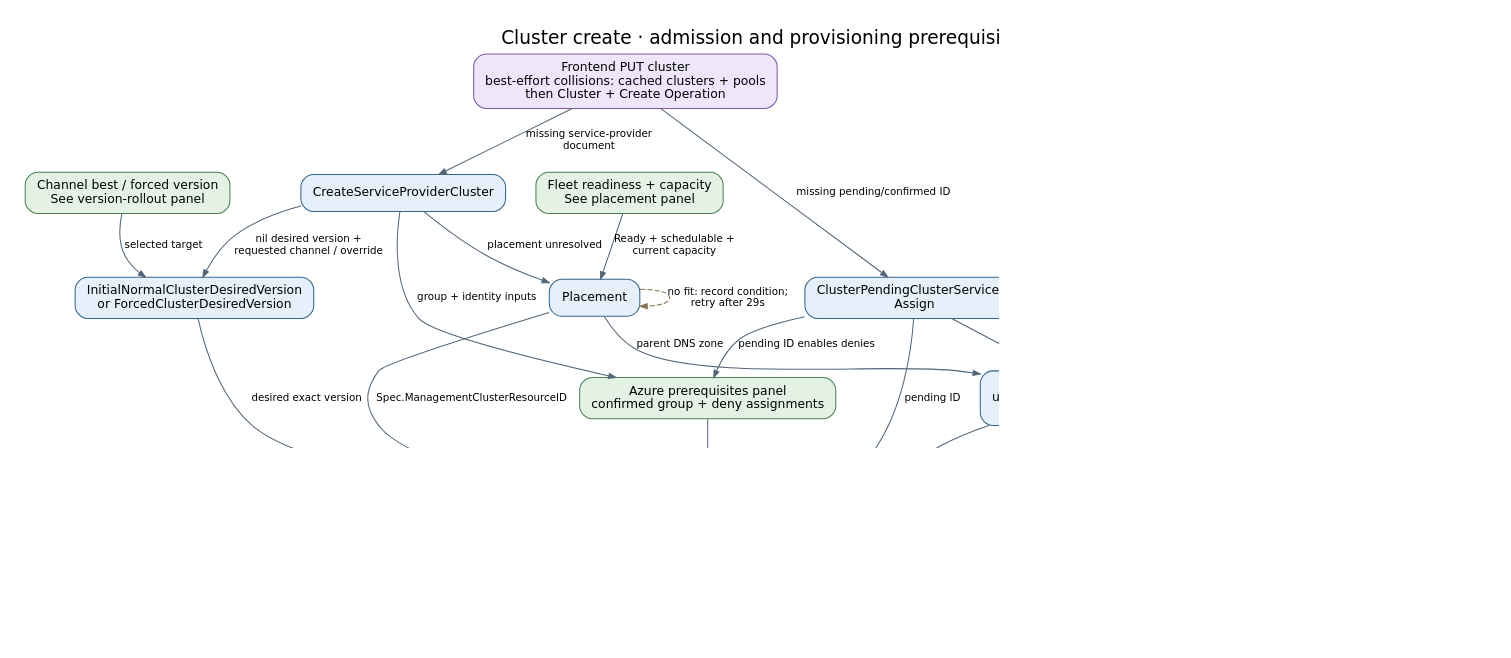
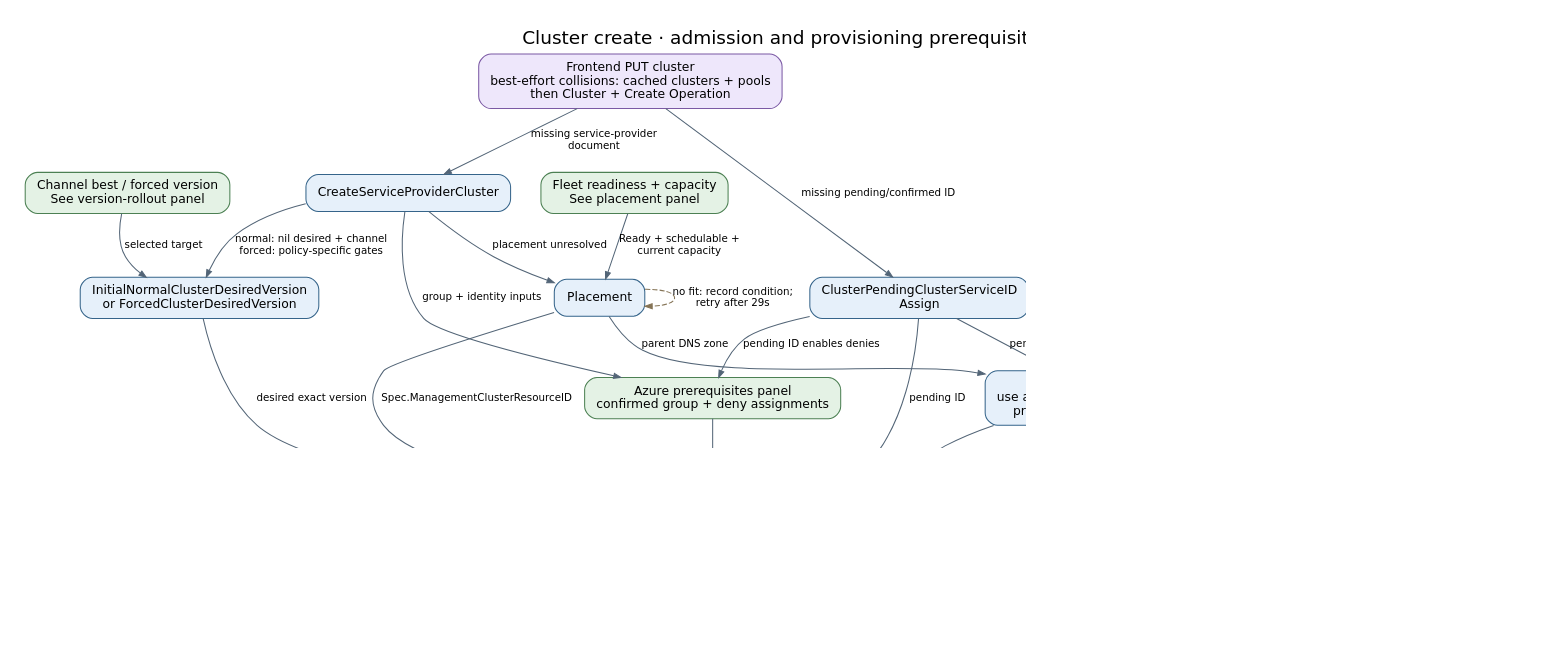
One commit to Azure/ARO-HCP changed the diagram in docs/generated/diagrams/controller-flows/cluster-create.dot. Above: the diagram before and after it, drawn with Graphviz. The commit also changed 24 other files, not shown here.

```diff
--- a/docs/generated/diagrams/controller-flows/cluster-create.dot
+++ b/docs/generated/diagrams/controller-flows/cluster-create.dot
@@ -1,37 +1,37 @@
 digraph cluster_create {
   graph [rankdir=TB, bgcolor="white", pad="0.3", nodesep="0.4", ranksep="0.55", fontname="DejaVu Sans", fontsize=18, labelloc=t, label="Cluster create · admission and provisioning prerequisites", dpi=110];
   node [shape=box, style="rounded,filled", fillcolor="#e6f0fa", color="#35648a", fontname="DejaVu Sans", fontsize=12, margin="0.16,0.10"];
   edge [color="#536577", fontname="DejaVu Sans", fontsize=10, arrowsize=0.7];
   put [label="Frontend PUT cluster\nbest-effort collisions: cached clusters + pools\nthen Cluster + Create Operation", fillcolor="#eee7fb", color="#7b59a4"];
   sp [label="CreateServiceProviderCluster", fillcolor="#e6f0fa", color="#35648a"];
   id [label="ClusterPendingClusterServiceID\nAssign", fillcolor="#e6f0fa", color="#35648a"];
   ver [label="InitialNormalClusterDesiredVersion\nor ForcedClusterDesiredVersion", fillcolor="#e6f0fa", color="#35648a"];
   rollout [label="Channel best / forced version\nSee version-rollout panel", fillcolor="#e4f2e5", color="#4c8053"];
   place [label="Placement", fillcolor="#e6f0fa", color="#35648a"];
   fleet [label="Fleet readiness + capacity\nSee placement panel", fillcolor="#e4f2e5", color="#4c8053"];
   azure [label="Azure prerequisites panel\nconfirmed group + deny assignments", fillcolor="#e4f2e5", color="#4c8053"];
   create [label="ClusterClusterServiceCreate", fillcolor="#e6f0fa", color="#35648a"];
   cs [label="Cluster Service cluster exists\nClusterServiceID confirmed\nContinue in convergence panel", fillcolor="#e4f2e5", color="#4c8053"];
   put -> sp [label="missing service-provider\ndocument"];
   put -> id [label="missing pending/confirmed ID"];
-  sp -> ver [label="nil desired version +\nrequested channel / override"];
+  sp -> ver [label="normal: nil desired + channel\nforced: policy-specific gates"];
   rollout -> ver [label="selected target"];
   sp -> place [label="placement unresolved"];
   fleet -> place [label="Ready + schedulable +\ncurrent capacity"];
   place -> place [label="no fit: record condition;\nretry after 29s", style=dashed, color="#857456", constraint=false];
   sp -> azure [label="group + identity inputs"];
   id -> azure [label="pending ID enables denies"];
   id -> create [label="pending ID"];
   ver -> create [label="desired exact version"];
   place -> create [label="Spec.ManagementClusterResourceID"];
   azure -> create [label="deny precondition if enabled"];
   allocation [label="ClusterDNSAllocation\nuse admission-assigned ClusterUID\npreserve existing CS adoption", fillcolor="#e6f0fa", color="#35648a"];
   claims [label="Fleet DNS claim\nparent zone + five-character slug\nowner = ARO ClusterUID", fillcolor="#e4f2e5", color="#4c8053"];
   place -> allocation [label="parent DNS zone"];
   id -> allocation [label="pending CS ID for adoption check"];
   allocation -> claims [label="persist SPC desired name first;\ncreate claim in separate reconcile"];
   claims -> allocation [label="owned: commit base domain\nconflict: choose another", style=dashed];
-  allocation -> create [label="persisted prefix + claimed base domain"];
-  create -> cs [label="POST persisted prefix + base domain;\npersist CS ID in same reconcile"];
+  allocation -> create [label="new POST only: persisted prefix + base domain"];
+  create -> cs [label="adopt before DNS gate or POST allocated name;\npersist CS ID in same reconcile"];
   create -> create [label="missing prerequisite: wait", style=dashed, color="#857456", constraint=false];
 }
```
